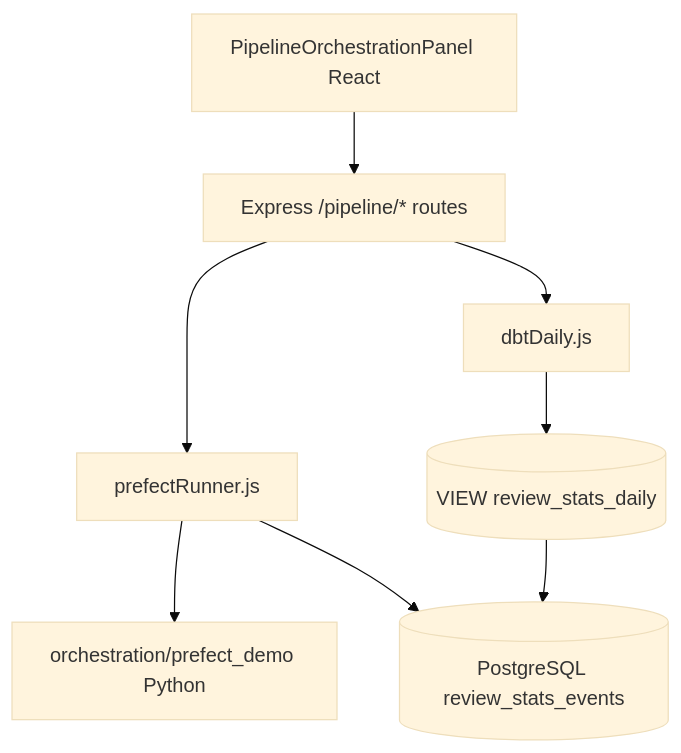
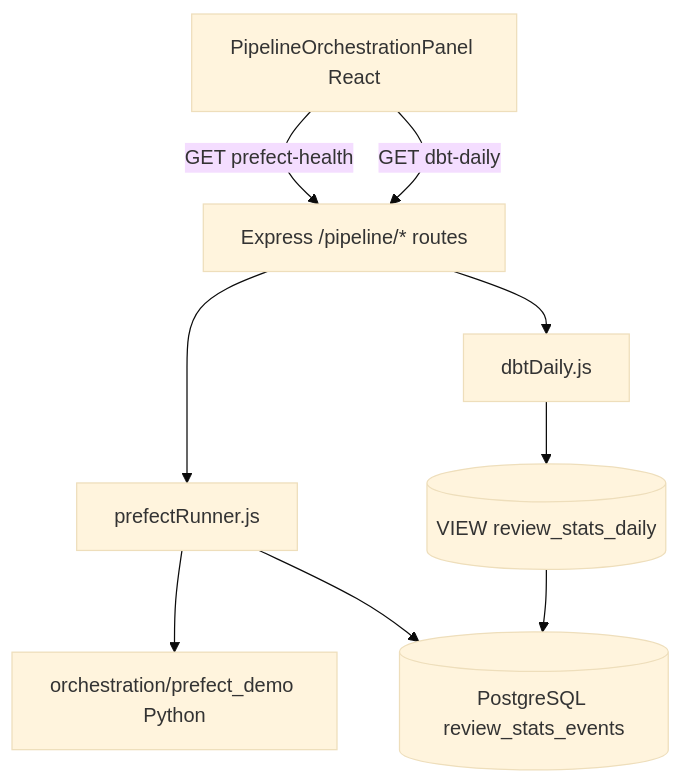
One commit to OferElboher/suspicious-email-triage changed the diagram in docs/data_guide_prefect_dbt_demo.md. Above: the diagram before and after it, drawn with Mermaid (base theme). The commit also changed other lines of this file and 29 other files, not shown here.

First line of the commit message:
Add S3 backup stats UI and expand Prefect/dbt documentation.

````diff
--- a/docs/data_guide_prefect_dbt_demo.md
+++ b/docs/data_guide_prefect_dbt_demo.md
@@ -49,18 +118,19 @@
 ```mermaid
 flowchart TB
   UI[PipelineOrchestrationPanel React]
   API[Express /pipeline/* routes]
   PF[prefectRunner.js]
   DBT[dbtDaily.js]
   PY[orchestration/prefect_demo Python]
   PG[(PostgreSQL review_stats_events)]
   VIEW[(VIEW review_stats_daily)]
 
-  UI --> API
+  UI -->|GET prefect-health| API
+  UI -->|GET dbt-daily| API
   API --> PF
   API --> DBT
   PF --> PY
   PF --> PG
   DBT --> VIEW
   VIEW --> PG
 ```
````
